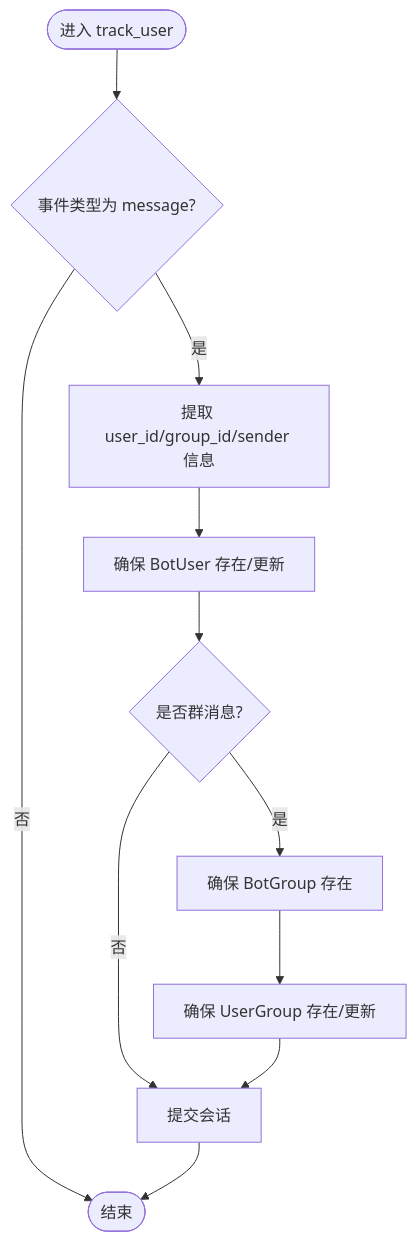
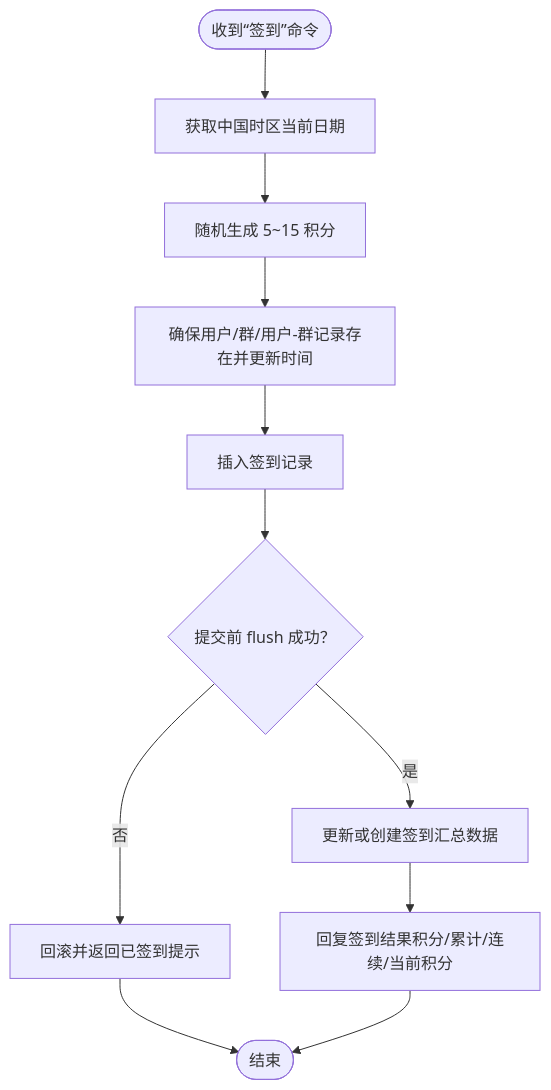
Before and after one commit to Wohaokunr/yawn_bot: the third of 6 diagrams in .qoder/repowiki/zh/content/项目概述.md, drawn with Mermaid. The commit also changed other lines of this file and 60 other files, not shown here.

````diff
--- a/.qoder/repowiki/zh/content/项目概述.md
+++ b/.qoder/repowiki/zh/content/项目概述.md
@@ -122,12 +121,13 @@
 ```mermaid
 flowchart TD
-Start(["进入 track_user"]) --> TypeCheck{"事件类型为 message?"}
-TypeCheck --> |否| End(["结束"])
-TypeCheck --> |是| Extract["提取 user_id/group_id/sender 信息"]
-Extract --> EnsureUser["确保 BotUser 存在/更新"]
-EnsureUser --> GroupCheck{"是否群消息?"}
-GroupCheck --> |否| Commit["提交会话"] --> End
-GroupCheck --> |是| EnsureGroup["确保 BotGroup 存在"]
-EnsureGroup --> EnsureUG["确保 UserGroup 存在/更新"]
-EnsureUG --> Commit
+Start(["收到“签到”命令"]) --> TZ["获取中国时区当前日期"]
+TZ --> GenReward["随机生成 5~15 积分"]
+GenReward --> EnsureUsers["确保用户/群/用户-群记录存在并更新时间"]
+EnsureUsers --> InsertRecord["插入签到记录"]
+InsertRecord --> TryFlush{"提交前 flush 成功？"}
+TryFlush --> |否| Rollback["回滚并返回已签到提示"]
+TryFlush --> |是| UpdateStats["更新或创建签到汇总数据"]
+UpdateStats --> Finish["回复签到结果积分/累计/连续/当前积分"]
+Rollback --> End(["结束"])
+Finish --> End
 ```
````
